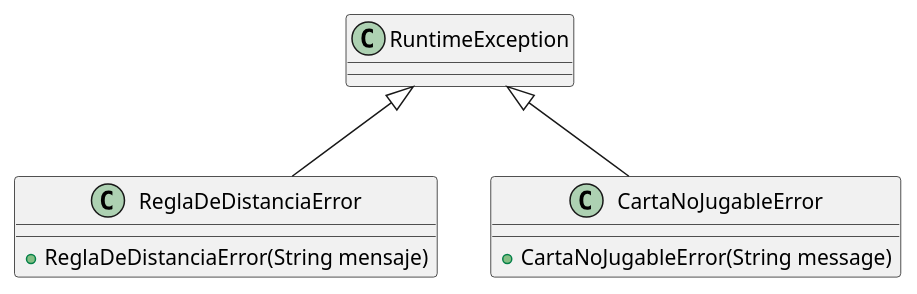
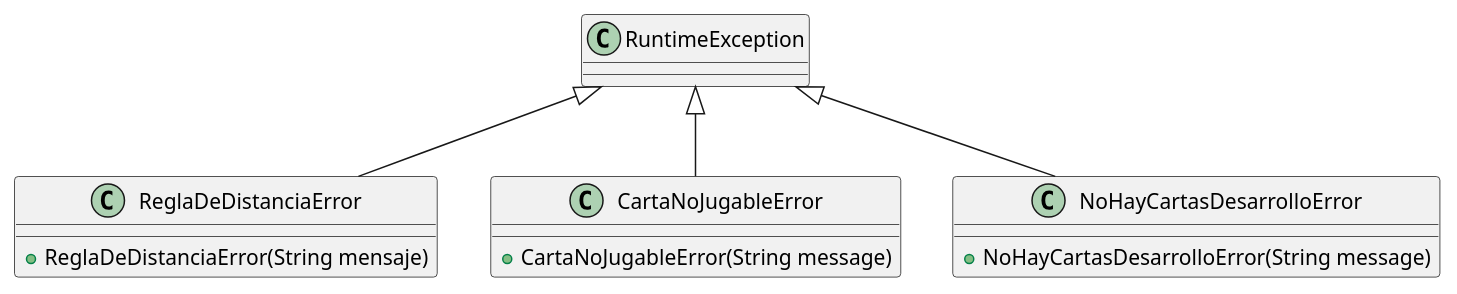
The diagram in diagrams/exception/excepciones_tablero.puml (ValeSolArroyo/TP2-Catan), drawn with PlantUML before and after one commit. The commit also changed 8 other files, not shown here.

Commit message:
diagramas actualizados

```diff
--- a/diagrams/exception/excepciones_tablero.puml
+++ b/diagrams/exception/excepciones_tablero.puml
@@ -1,14 +1,18 @@
 @startuml excepciones_tablero
 
 class RuntimeException {
 }
 
 class ReglaDeDistanciaError extends RuntimeException {
     + ReglaDeDistanciaError(String mensaje)
 }
 
 class CartaNoJugableError extends RuntimeException {
     + CartaNoJugableError(String message)
 }
 
+class NoHayCartasDesarrolloError extends RuntimeException {
+    + NoHayCartasDesarrolloError(String message)
+}
+
 @enduml
```
